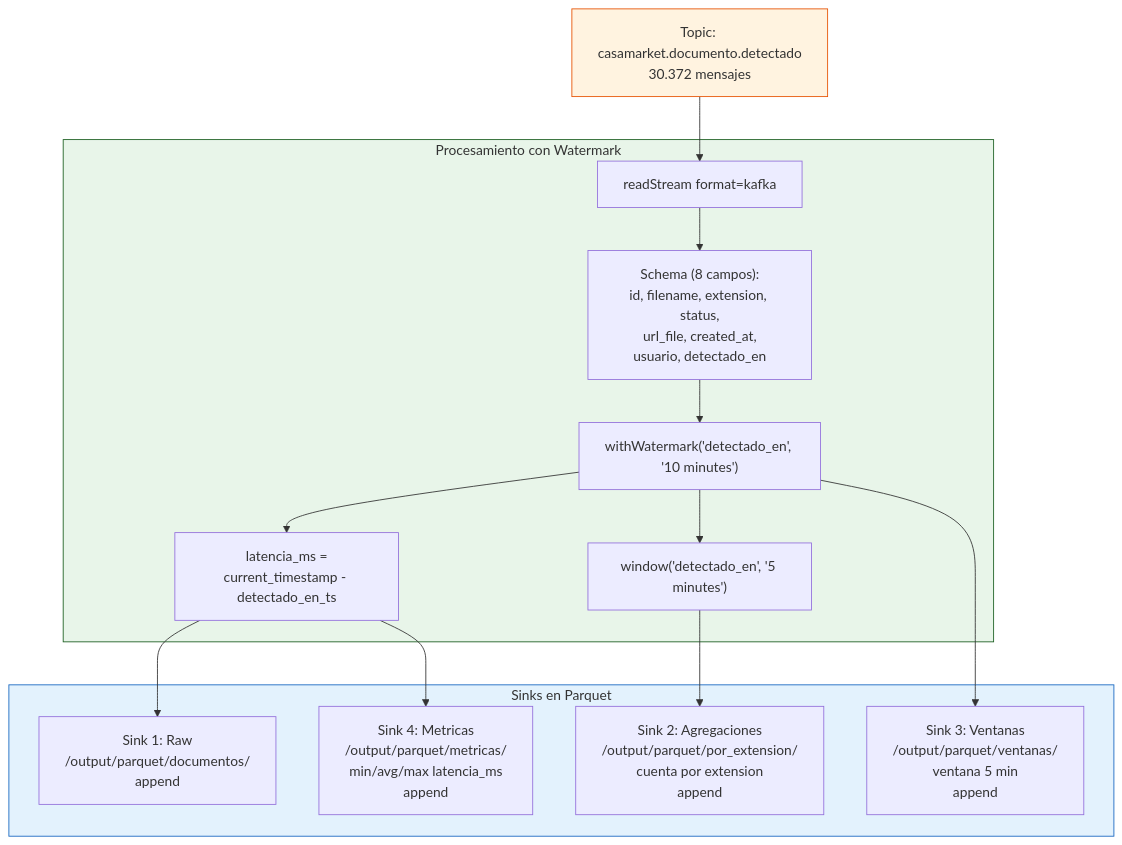
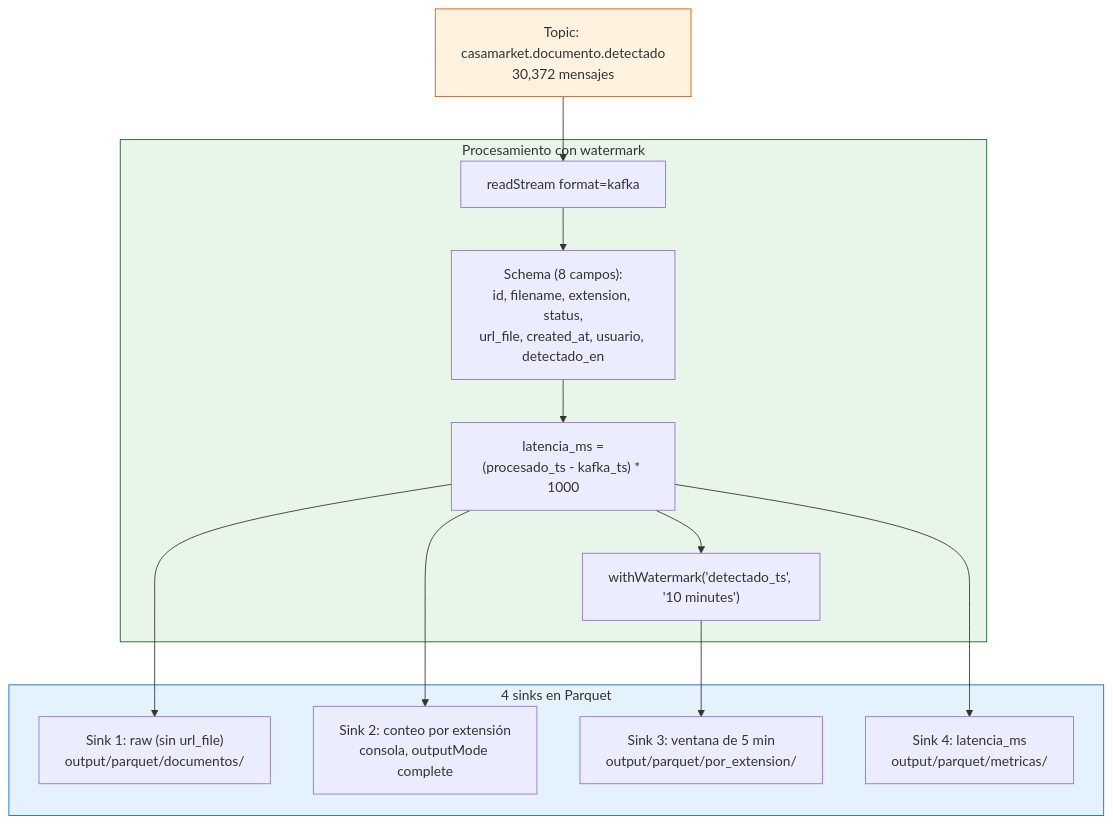
The second of 3 diagrams in docs/componentes/spark-streaming.md (AlessandroPastor/BigData), drawn with Mermaid before and after one commit. The commit also changed other lines of this file and 28 other files, not shown here.

````diff
--- a/docs/componentes/spark-streaming.md
+++ b/docs/componentes/spark-streaming.md
@@ -86,29 +77,28 @@
 ```mermaid
 flowchart TD
-    K1["Topic: casamarket.documento.detectado\n30.372 mensajes"]
+    K1["Topic: casamarket.documento.detectado\n30,372 mensajes"]
 
-    subgraph PROC["Procesamiento con Watermark"]
+    subgraph PROC["Procesamiento con watermark"]
         READ2["readStream format=kafka"]
-        SCHEMA2["Schema (8 campos):\nid, filename, extension, status,\nurl_file, created_at,\nusuario, detectado_en"]
-        WATERMARK["withWatermark('detectado_en', '10 minutes')"]
-        WINDOW["window('detectado_en', '5 minutes')"]
-        LAT["latencia_ms =\ncurrent_timestamp - detectado_en_ts"]
+        SCHEMA2["Schema (8 campos):\nid, filename, extension, status,\nurl_file, created_at, usuario, detectado_en"]
+        LAT["latencia_ms =\n(procesado_ts - kafka_ts) * 1000"]
+        WATERMARK["withWatermark('detectado_ts', '10 minutes')"]
     end
 
-    subgraph SINKS2["Sinks en Parquet"]
-        RAW["Sink 1: Raw\n/output/parquet/documentos/\nappend"]
-        AGG["Sink 2: Agregaciones\n/output/parquet/por_extension/\ncuenta por extension\nappend"]
-        VENTANAS["Sink 3: Ventanas\n/output/parquet/ventanas/\nventana 5 min\nappend"]
-        MET["Sink 4: Metricas\n/output/parquet/metricas/\nmin/avg/max latencia_ms\nappend"]
+    subgraph SINKS2["4 sinks en Parquet"]
+        RAW["Sink 1: raw (sin url_file)\noutput/parquet/documentos/"]
+        AGG["Sink 2: conteo por extensión\nconsola, outputMode complete"]
+        VENTANAS["Sink 3: ventana de 5 min\noutput/parquet/por_extension/"]
+        MET["Sink 4: latencia_ms\noutput/parquet/metricas/"]
     end
 
-    K1 --> READ2 --> SCHEMA2 --> WATERMARK --> LAT
+    K1 --> READ2 --> SCHEMA2 --> LAT
     LAT --> RAW
-    WATERMARK --> WINDOW --> AGG
-    WATERMARK --> VENTANAS
+    LAT --> WATERMARK --> VENTANAS
+    LAT --> AGG
     LAT --> MET
 
     style K1 fill:#FFF3E0,stroke:#E65100
     style PROC fill:#E8F5E9,stroke:#1B5E20
     style SINKS2 fill:#E3F2FD,stroke:#1565C0
 ```
````
